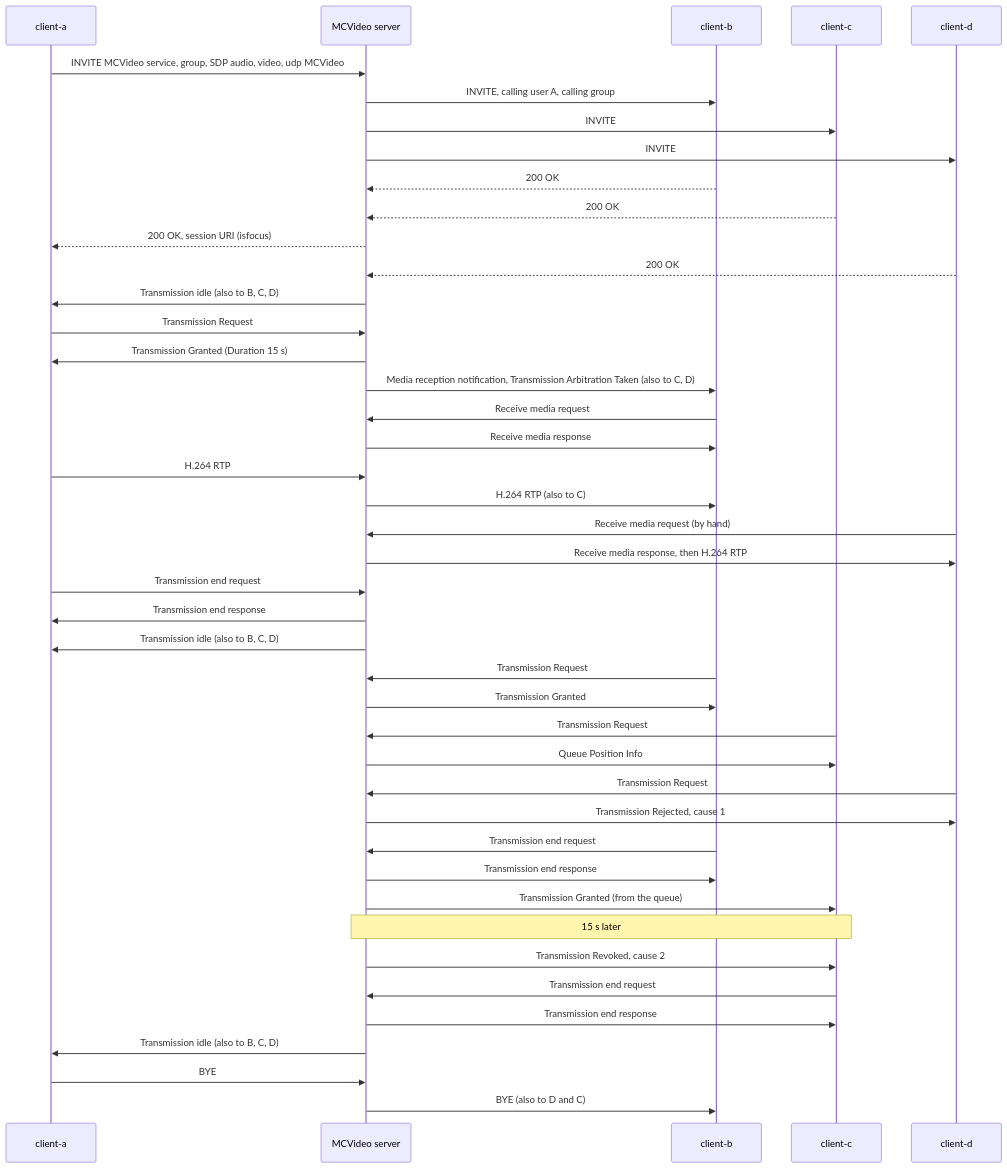
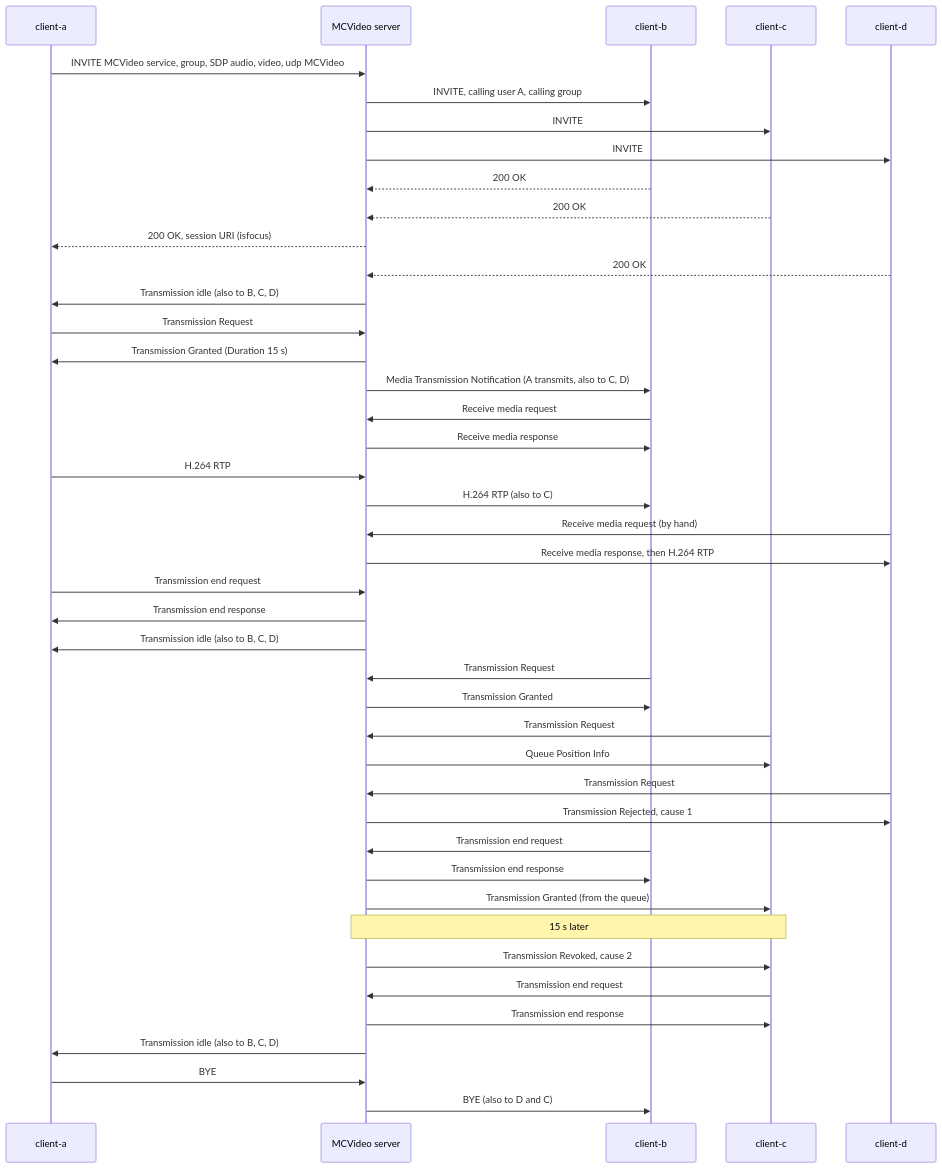
Before and after one commit to openMCX/openmcx-server: the first of 2 diagrams in tutorials/unit-tests/17-mcvideo-calls/README.md, drawn with Mermaid. The commit also changed other lines of this file and 30 other files, not shown here.

````diff
--- a/tutorials/unit-tests/17-mcvideo-calls/README.md
+++ b/tutorials/unit-tests/17-mcvideo-calls/README.md
@@ -278,45 +280,45 @@
 ```mermaid
 sequenceDiagram
     participant A as client-a
     participant S as MCVideo server
     participant B as client-b
     participant C as client-c
     participant D as client-d
     A->>S: INVITE MCVideo service, group, SDP audio, video, udp MCVideo
     S->>B: INVITE, calling user A, calling group
     S->>C: INVITE
     S->>D: INVITE
     B-->>S: 200 OK
     C-->>S: 200 OK
     S-->>A: 200 OK, session URI (isfocus)
     D-->>S: 200 OK
     S->>A: Transmission idle (also to B, C, D)
     A->>S: Transmission Request
     S->>A: Transmission Granted (Duration 15 s)
-    S->>B: Media reception notification, Transmission Arbitration Taken (also to C, D)
+    S->>B: Media Transmission Notification (A transmits, also to C, D)
     B->>S: Receive media request
     S->>B: Receive media response
     A->>S: H.264 RTP
     S->>B: H.264 RTP (also to C)
     D->>S: Receive media request (by hand)
     S->>D: Receive media response, then H.264 RTP
     A->>S: Transmission end request
     S->>A: Transmission end response
     S->>A: Transmission idle (also to B, C, D)
     B->>S: Transmission Request
     S->>B: Transmission Granted
     C->>S: Transmission Request
     S->>C: Queue Position Info
     D->>S: Transmission Request
     S->>D: Transmission Rejected, cause 1
     B->>S: Transmission end request
     S->>B: Transmission end response
     S->>C: Transmission Granted (from the queue)
     Note over S,C: 15 s later
     S->>C: Transmission Revoked, cause 2
     C->>S: Transmission end request
     S->>C: Transmission end response
     S->>A: Transmission idle (also to B, C, D)
     A->>S: BYE
     S->>B: BYE (also to D and C)
 ```
````
